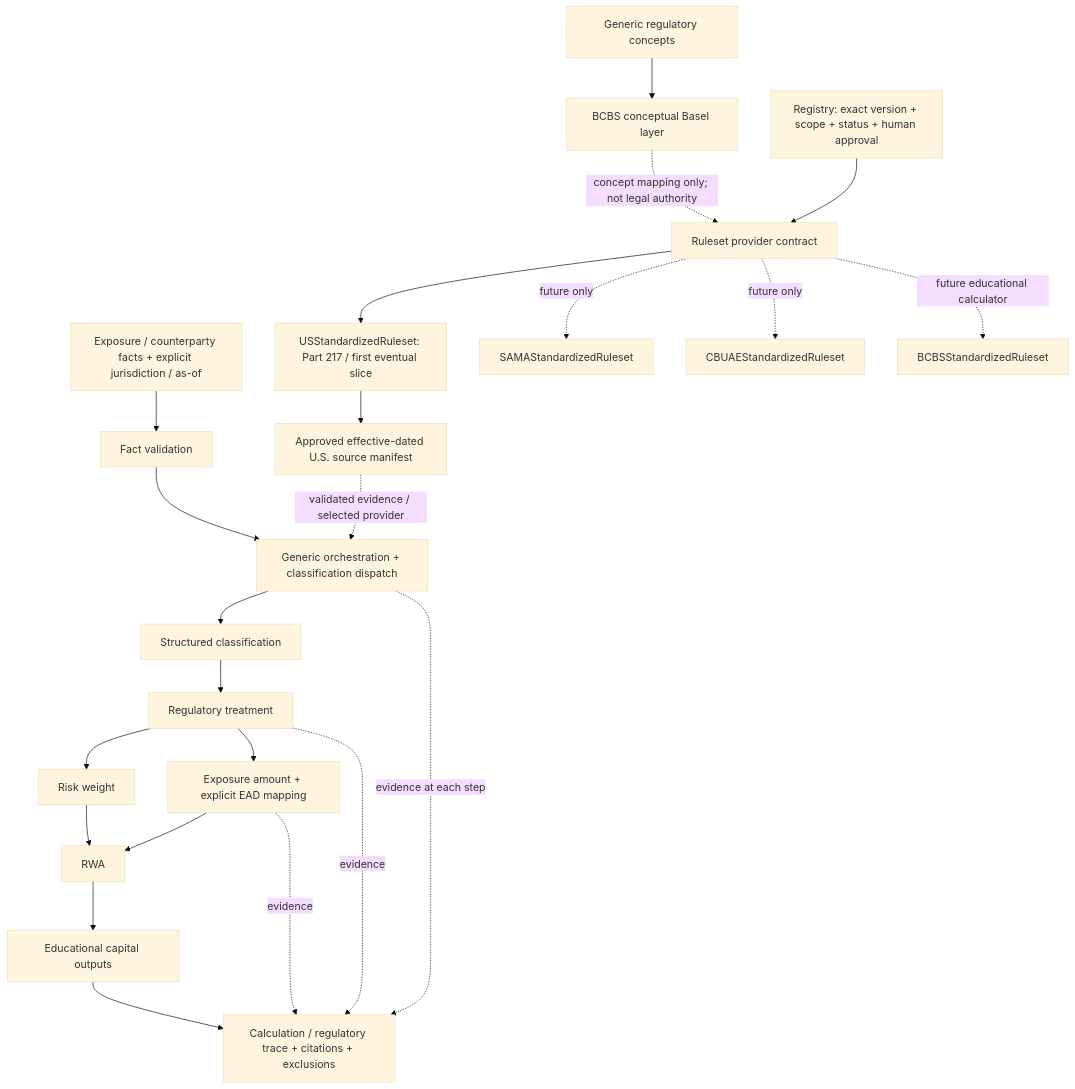
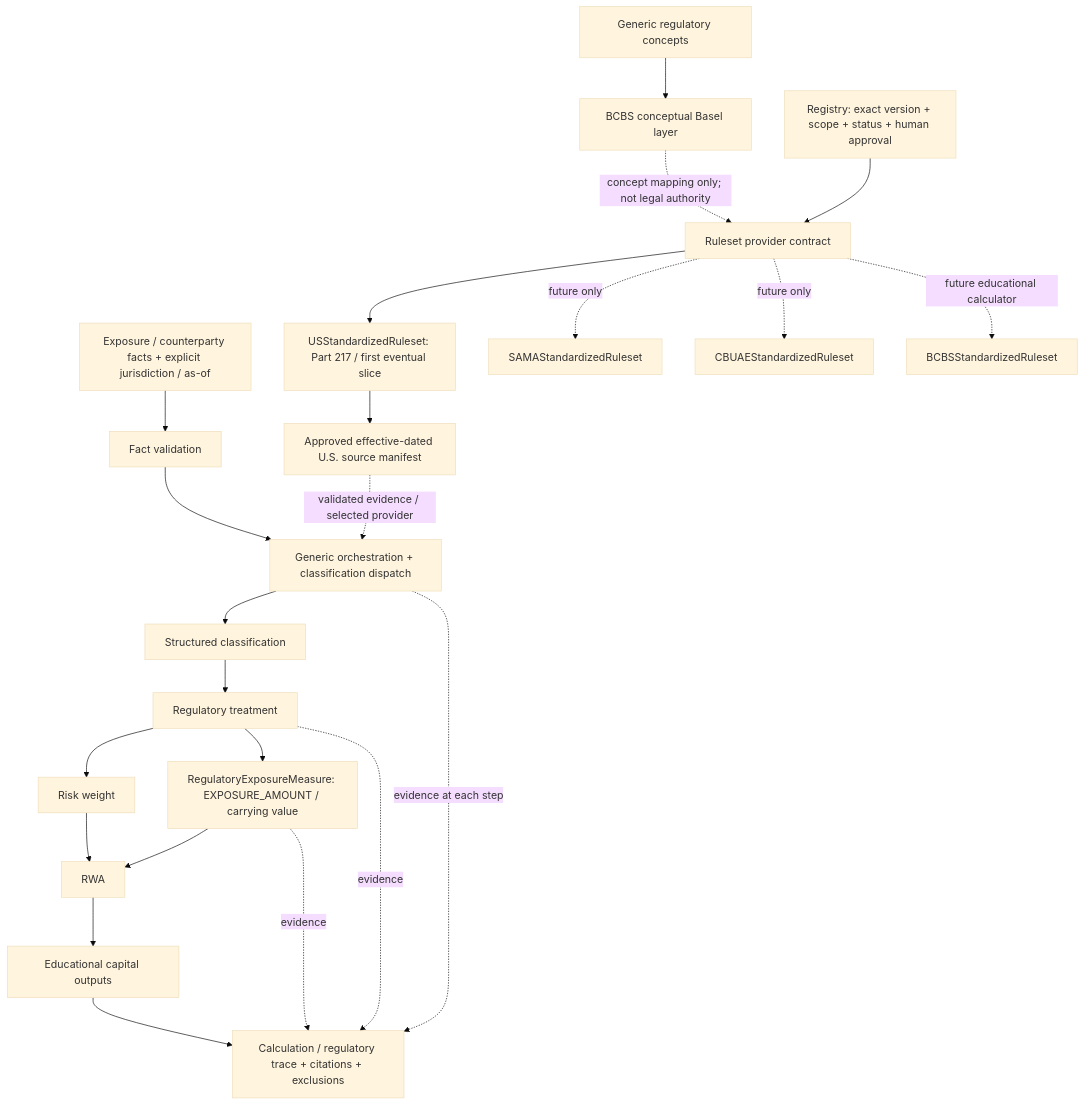
The diagram in docs/adr/0004-generalized-regulatory-engine.md (ragu-selva/financial-pods), drawn with Mermaid (base theme) before and after one commit. The commit also changed other lines of this file and 22 other files, not shown here.

````diff
--- a/docs/adr/0004-generalized-regulatory-engine.md
+++ b/docs/adr/0004-generalized-regulatory-engine.md
@@ -36,25 +36,25 @@
 ```mermaid
 flowchart TD
     F["Exposure / counterparty facts + explicit jurisdiction / as-of"] --> V["Fact validation"]
     V --> G["Generic orchestration + classification dispatch"]
     C["Generic regulatory concepts"] --> B["BCBS conceptual Basel layer"]
     B -. "concept mapping only; not legal authority" .-> P["Ruleset provider contract"]
     R["Registry: exact version + scope + status + human approval"] --> P
     P --> U["USStandardizedRuleset: Part 217 / first eventual slice"]
     P -. "future only" .-> S["SAMAStandardizedRuleset"]
     P -. "future only" .-> A["CBUAEStandardizedRuleset"]
     P -. "future educational calculator" .-> K["BCBSStandardizedRuleset"]
     U --> USRC["Approved effective-dated U.S. source manifest"]
     USRC -. "validated evidence / selected provider" .-> G
     G --> CL["Structured classification"]
     CL --> T["Regulatory treatment"]
     T --> W["Risk weight"]
-    T --> E["Exposure amount + explicit EAD mapping"]
+    T --> E["RegulatoryExposureMeasure: EXPOSURE_AMOUNT / carrying value"]
     W --> RW["RWA"]
     E --> RW
     RW --> O["Educational capital outputs"]
     O --> TR["Calculation / regulatory trace + citations + exclusions"]
     G -. "evidence at each step" .-> TR
     T -. "evidence" .-> TR
     E -. "evidence" .-> TR
 ```
````
